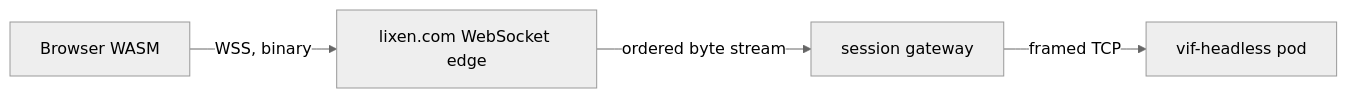
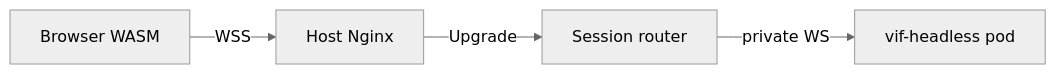
The diagram in doc/multi-platform.md (lixenwraith/vi-fighter), drawn with Mermaid (neutral theme) before and after one commit. The commit also changed other lines of this file and 23 other files, not shown here.

Commit message:
deploy: prepare headless nightly and browser sessions

````diff
--- a/doc/multi-platform.md
+++ b/doc/multi-platform.md
@@ -183,6 +188,6 @@
 ```mermaid
 flowchart LR
-    Browser["Browser WASM"] -->|"WSS, binary"| Edge["lixen.com WebSocket edge"]
-    Edge -->|"ordered byte stream"| Gateway["session gateway"]
-    Gateway -->|"framed TCP"| Pod["vif-headless pod"]
+    Browser["Browser WASM"] -->|"WSS"| Nginx["Host Nginx"]
+    Nginx -->|"Upgrade"| Allocator["Session router"]
+    Allocator -->|"private WS"| Pod["vif-headless pod"]
 ```
````
